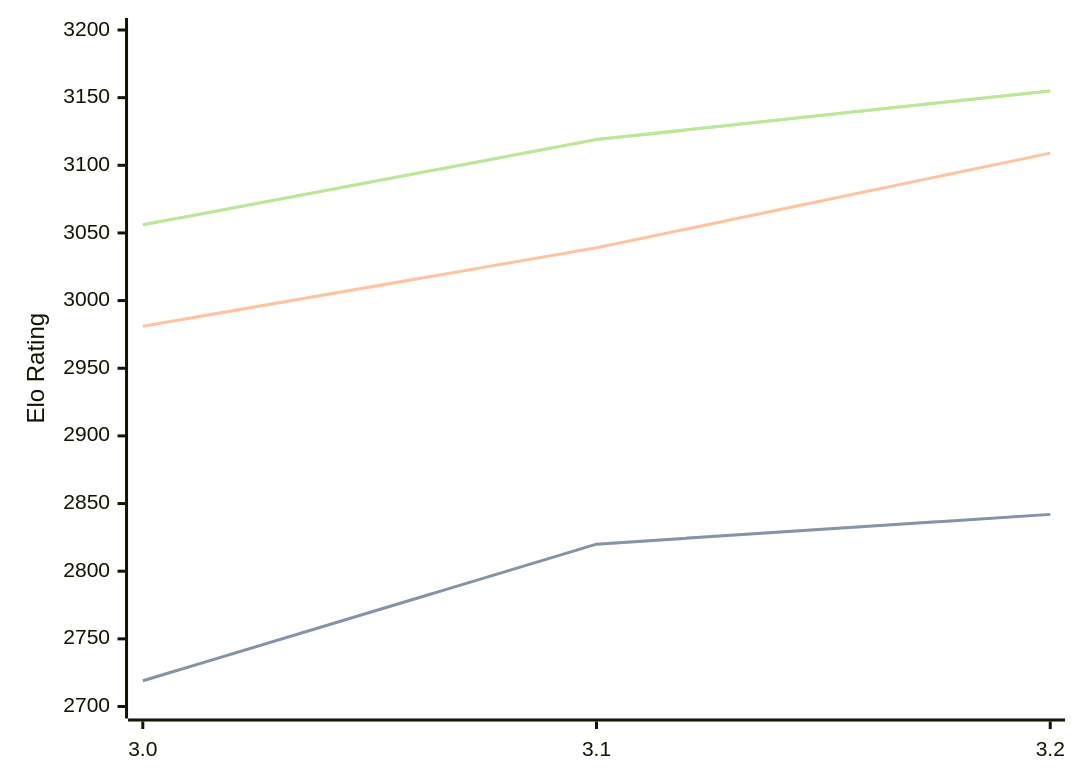
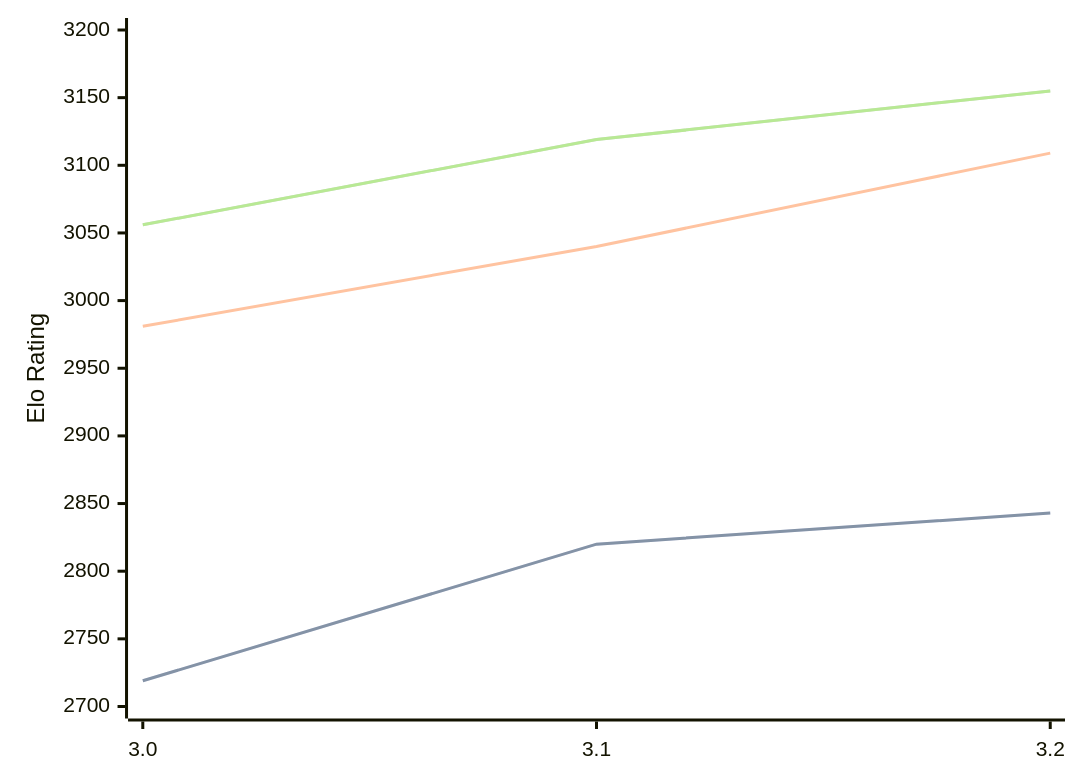
The first of 3 diagrams in engines/Vajolet2.md (computer-chess-index/cci), drawn with Mermaid before and after one commit. The commit also changed other lines of this file, not shown here.

````diff
--- a/engines/Vajolet2.md
+++ b/engines/Vajolet2.md
@@ -41,11 +41,11 @@
 ```mermaid
 %%{init: {"theme":"base","themeVariables":{"seriesColors:['#a3a3a3','#222221','#faa371']}}}%%
 xychart-beta
   x-axis ["3.0", "3.1", "3.2"]
   y-axis "Elo Rating" 2700 --> 3200
-  line "STC (8.0+0.08s)" [2719, 2820, 2842]
-  line "STC (8.0+0.08s)" [2719, 2820, 2842]
-  line "LTC (60.0+0.60s)" [2981, 3039, 3109]
+  line "STC (8.0+0.08s)" [2719, 2820, 2843]
+  line "STC (8.0+0.08s)" [2719, 2820, 2843]
+  line "LTC (60.0+0.60s)" [2981, 3040, 3109]
   line "VLTC (2m24s+1.12s)" [3056, 3119, 3155]
   line "VLTC (2m24s+1.12s)" [3056, 3119, 3155]
 ```
````
